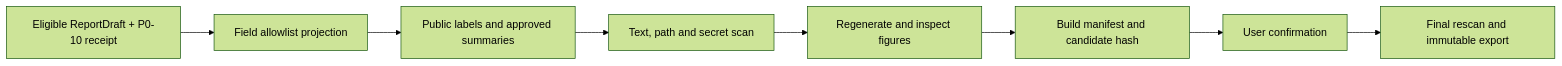
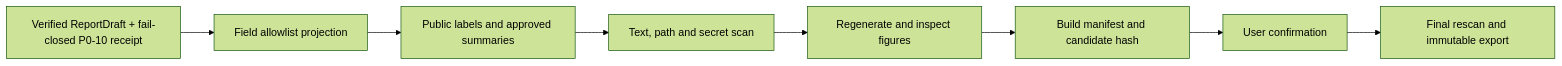
One commit to starvingarc/BRIDGE changed the diagram in docs/bridge_spec_v0.1/public_safe_export_task_card.md. Above: the diagram before and after it, drawn with Mermaid (forest theme). The commit also changed other lines of this file and 134 other files, not shown here.

````diff
--- a/docs/bridge_spec_v0.1/public_safe_export_task_card.md
+++ b/docs/bridge_spec_v0.1/public_safe_export_task_card.md
@@ -102,10 +109,10 @@
 ```mermaid
 flowchart LR
-    A["Eligible ReportDraft + P0-10 receipt"] --> B["Field allowlist projection"]
+    A["Verified ReportDraft + fail-closed P0-10 receipt"] --> B["Field allowlist projection"]
     B --> C["Public labels and approved summaries"]
     C --> D["Text, path and secret scan"]
     D --> E["Regenerate and inspect figures"]
     E --> F["Build manifest and candidate hash"]
     F --> G["User confirmation"]
     G --> H["Final rescan and immutable export"]
 ```
````
